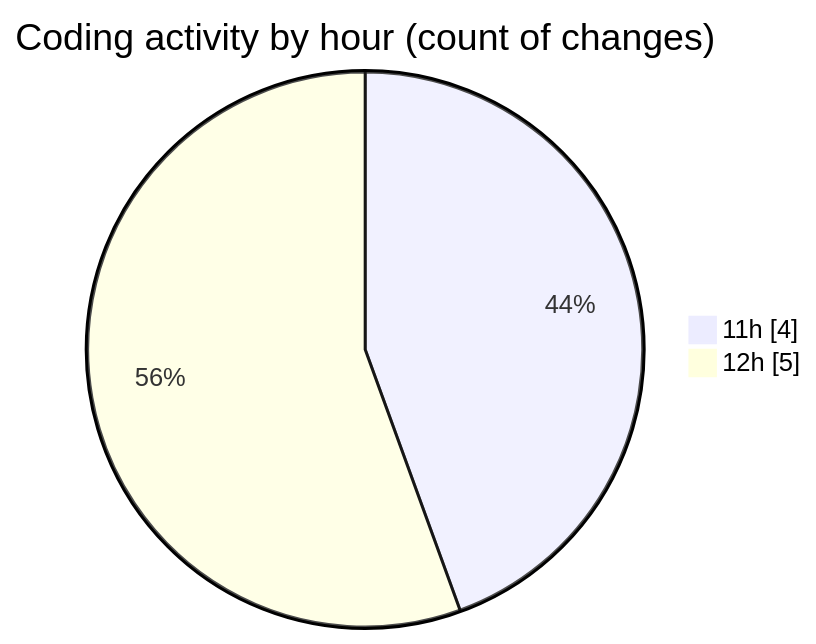
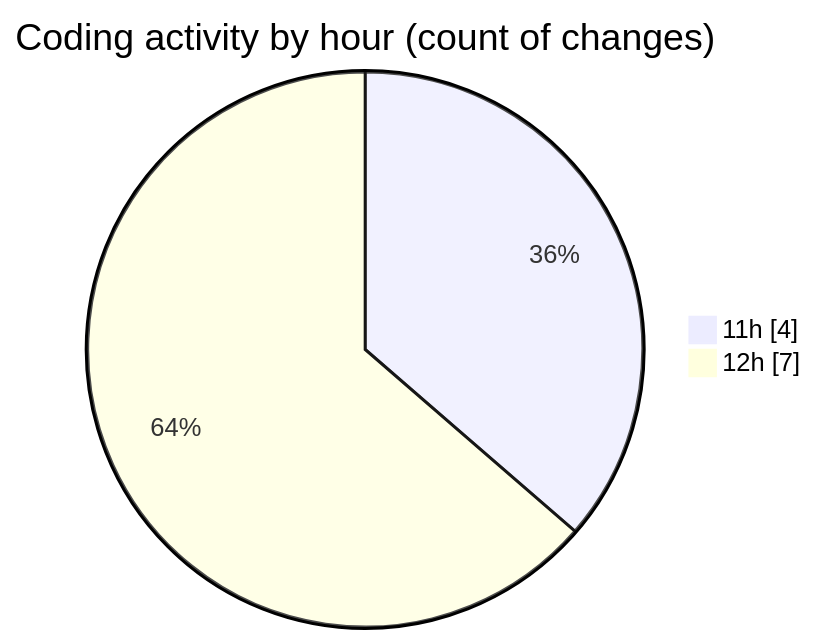
The second of 2 diagrams in 2025-06-18/app__container_registration-app__calm-app__/README.md (seballot/code-tracking), drawn with Mermaid before and after one commit. The commit also changed other lines of this file and 1 other file, not shown here.

````diff
--- a/2025-06-18/app__container_registration-app__calm-app__/README.md
+++ b/2025-06-18/app__container_registration-app__calm-app__/README.md
@@ -28,6 +28,6 @@
 ```mermaid
 pie showData
 title Coding activity by hour (count of changes)
 "11h" : 4
-"12h" : 5
+"12h" : 7
 ```
````
